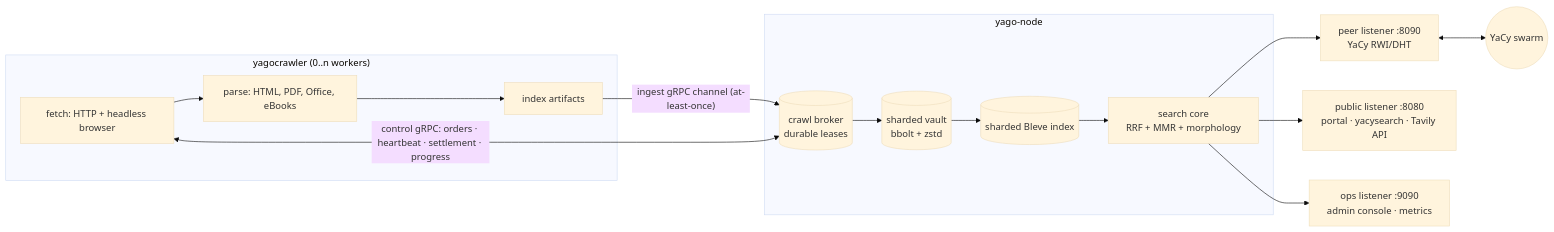
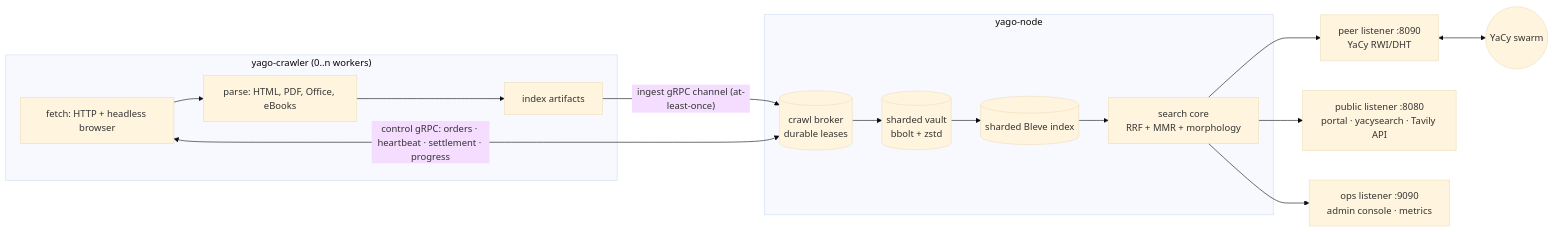
One commit to D4rk4/yago changed the diagram in README.md. Above: the diagram before and after it, drawn with Mermaid (base theme). The commit also changed other lines of this file and 1338 other files, not shown here.

````diff
--- a/README.md
+++ b/README.md
@@ -357,19 +413,19 @@
 ```mermaid
 flowchart LR
-    subgraph crawler ["yagocrawler (0..n workers)"]
+    subgraph crawler ["yago-crawler (0..n workers)"]
         F["fetch: HTTP + headless browser"] --> P["parse: HTML, PDF, Office, eBooks"]
         P --> I["index artifacts"]
     end
     subgraph node ["yago-node"]
         B[("crawl broker<br/>durable leases")]
         V[("sharded vault<br/>bbolt + zstd")]
         X[("sharded Bleve index")]
         S["search core<br/>RRF + MMR + morphology"]
     end
     I -- "ingest gRPC channel (at-least-once)" --> B --> V --> X --> S
     B <-->|control gRPC: orders · heartbeat · settlement · progress| F
     S --> PEER["peer listener :8090<br/>YaCy RWI/DHT"]
     S --> PUB["public listener :8080<br/>portal · yacysearch · Tavily API"]
     S --> OPS["ops listener :9090<br/>admin console · metrics"]
     PEER <--> SWARM(("YaCy swarm"))
 ```
````
